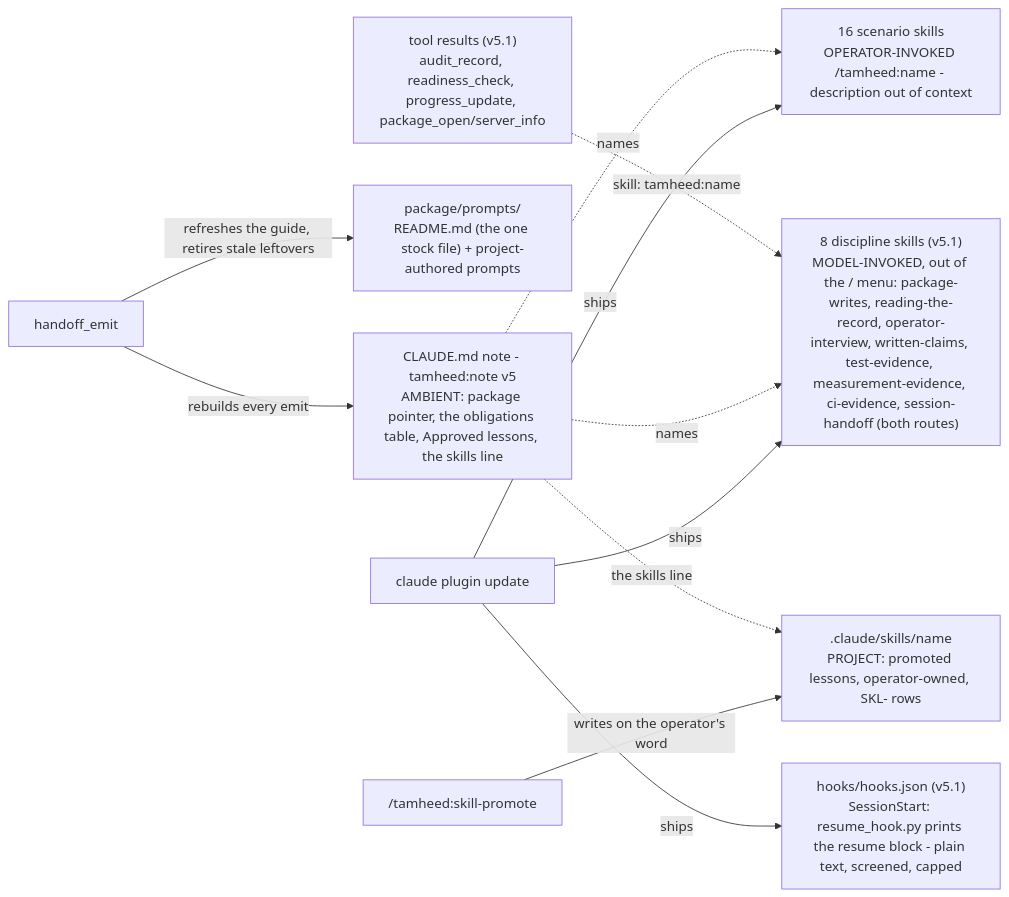
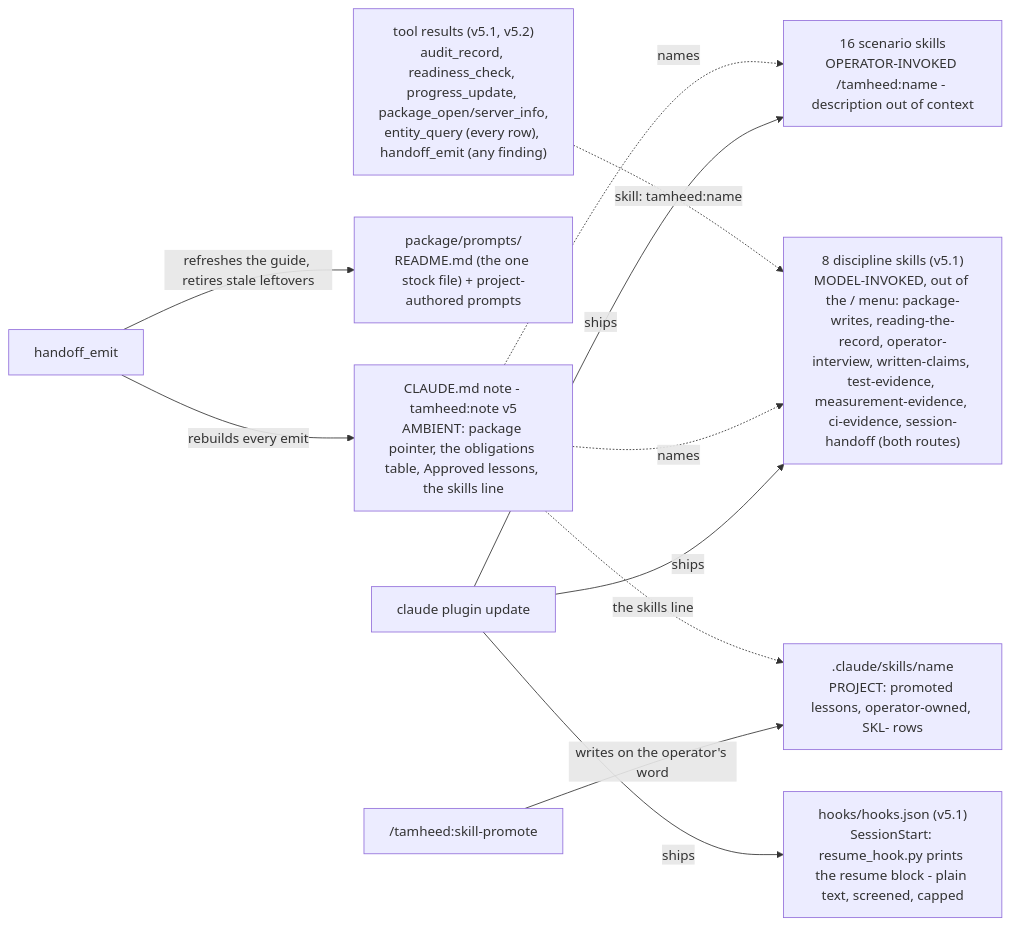
One commit to A-H-911/tamheed changed the third of 5 diagrams in docs/architecture.md. Above: the diagram before and after it, drawn with Mermaid. The commit also changed 9 other files, not shown here.

First line of the commit message:
feat(engine): plan 131 - entity_query and handoff_emit name their skill, lessons-stranded measures the Promoted lessons, and system:skill-guard journals a skill row's moves

````diff
--- a/docs/architecture.md
+++ b/docs/architecture.md
@@ -197,13 +197,13 @@
 ```mermaid
 flowchart LR
     EMIT[handoff_emit] -->|rebuilds every emit| NOTE["CLAUDE.md note - tamheed:note v5<br/>AMBIENT: package pointer, the obligations table, Approved lessons, the skills line"]
     EMIT -->|refreshes the guide, retires stale leftovers| GUIDE["package/prompts/<br/>README.md (the one stock file) + project-authored prompts"]
     UPD[claude plugin update] -->|ships| DISC["8 discipline skills (v5.1)<br/>MODEL-INVOKED, out of the / menu: package-writes, reading-the-record, operator-interview, written-claims, test-evidence, measurement-evidence, ci-evidence, session-handoff (both routes)"]
     UPD -->|ships| SCEN["16 scenario skills<br/>OPERATOR-INVOKED /tamheed:name - description out of context"]
     UPD -->|ships| HOOK["hooks/hooks.json (v5.1)<br/>SessionStart: resume_hook.py prints the resume block - plain text, screened, capped"]
     PROMO["/tamheed:skill-promote"] -->|writes on the operator's word| PROJ[".claude/skills/name<br/>PROJECT: promoted lessons, operator-owned, SKL- rows"]
     NOTE -.->|names| DISC
     NOTE -.->|names| SCEN
     NOTE -.->|the skills line| PROJ
-    RES["tool results (v5.1)<br/>audit_record, readiness_check, progress_update, package_open/server_info"] -.->|"skill: tamheed:name"| DISC
+    RES["tool results (v5.1, v5.2)<br/>audit_record, readiness_check, progress_update, package_open/server_info,<br/>entity_query (every row), handoff_emit (any finding)"] -.->|"skill: tamheed:name"| DISC
 ```
````
